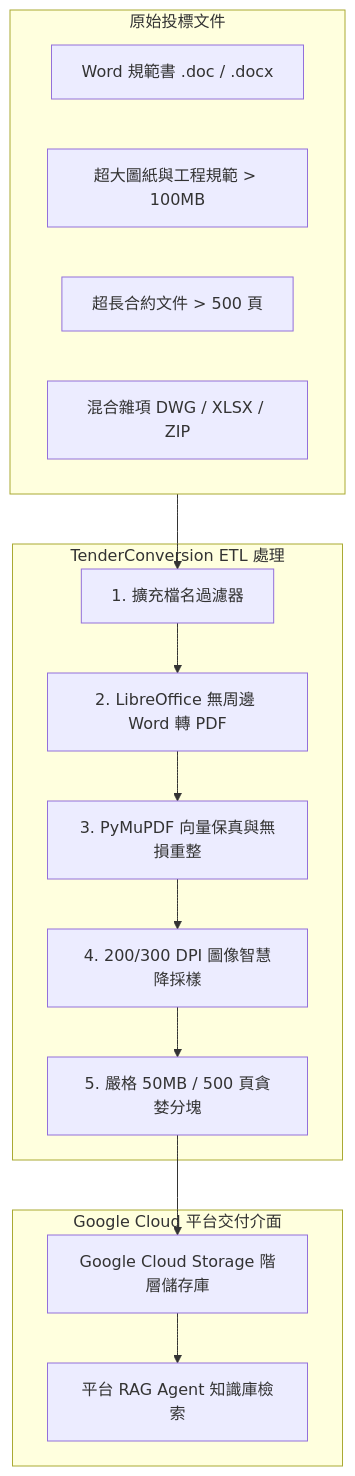
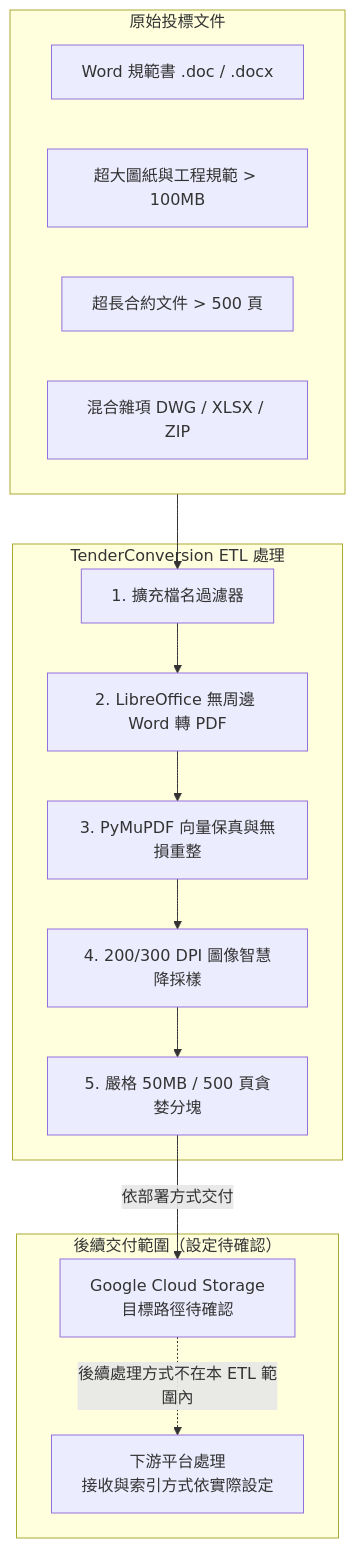
One commit to AEL-GROUP/TenderConversion changed the diagram in docs/sharepoint/01-Overview/Service-overview.md. Above: the diagram before and after it, drawn with Mermaid. The commit also changed other lines of this file and 20 other files, not shown here.

````diff
--- a/docs/sharepoint/01-Overview/Service-overview.md
+++ b/docs/sharepoint/01-Overview/Service-overview.md
@@ -21,30 +21,30 @@
 ```mermaid
 flowchart TD
     subgraph RawTender[原始投標文件]
         DocxFiles[Word 規範書 .doc / .docx]
         HugePdfs[超大圖紙與工程規範 > 100MB]
         OverPages[超長合約文件 > 500 頁]
         MixedFiles[混合雜項 DWG / XLSX / ZIP]
     end
 
     subgraph ETLPipeline[TenderConversion ETL 處理]
         Filter[1. 擴充檔名過濾器]
         OfficeConv[2. LibreOffice 無周邊 Word 轉 PDF]
         PyMuCompress[3. PyMuPDF 向量保真與無損重整]
         ImageRewrite[4. 200/300 DPI 圖像智慧降採樣]
         GreedyChunk[5. 嚴格 50MB / 500 頁貪婪分塊]
     end
 
-    subgraph GCloudPlatform[Google Cloud 平台交付介面]
-        GCSBucket[Google Cloud Storage 階層儲存庫]
-        RagAgent[平台 RAG Agent 知識庫檢索]
+    subgraph GCloudPlatform[後續交付範圍（設定待確認）]
+        GCSBucket[Google Cloud Storage<br/>目標路徑待確認]
+        RagAgent[下游平台處理<br/>接收與索引方式依實際設定]
     end
 
     RawTender --> Filter
     Filter --> OfficeConv
     OfficeConv --> PyMuCompress
     PyMuCompress --> ImageRewrite
     ImageRewrite --> GreedyChunk
-    GreedyChunk --> GCSBucket
-    GCSBucket --> RagAgent
+    GreedyChunk -->|依部署方式交付| GCSBucket
+    GCSBucket -.->|後續處理方式不在本 ETL 範圍內| RagAgent
 ```
````
